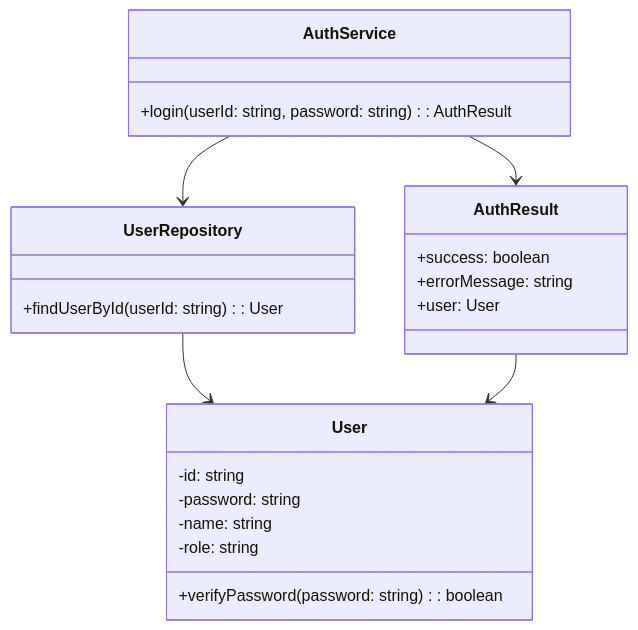
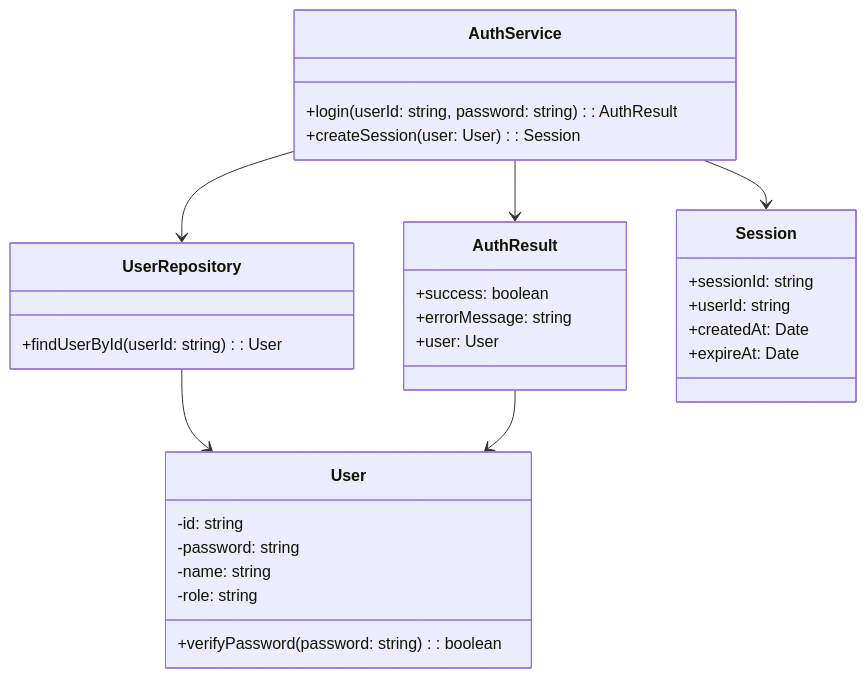
One commit to sun922/University-SoftwareDesign changed the eighth of 11 diagrams in 2. Design/Software Design Documents.md. Above: the diagram before and after it, drawn with Mermaid. The commit also changed other lines of this file, not shown here.

Commit message:
클래스 다이어그램 누락된거 수정

````diff
--- a/2. Design/Software Design Documents.md
+++ b/2. Design/Software Design Documents.md
@@ -878,29 +901,38 @@
 ```mermaid
 classDiagram
 class AuthService {
   +login(userId: string, password: string): AuthResult
+  +createSession(user: User): Session
 }
 
 class UserRepository {
   +findUserById(userId: string): User
 }
 
 class User {
   -id: string
   -password: string
   -name: string
   -role: string
   +verifyPassword(password: string): boolean
 }
 
 class AuthResult {
   +success: boolean
   +errorMessage: string
   +user: User
 }
 
+class Session {
+  +sessionId: string
+  +userId: string
+  +createdAt: Date
+  +expireAt: Date
+}
+
 AuthService --> UserRepository
 AuthService --> AuthResult
+AuthService --> Session
 UserRepository --> User
 AuthResult --> User
 ```
````
